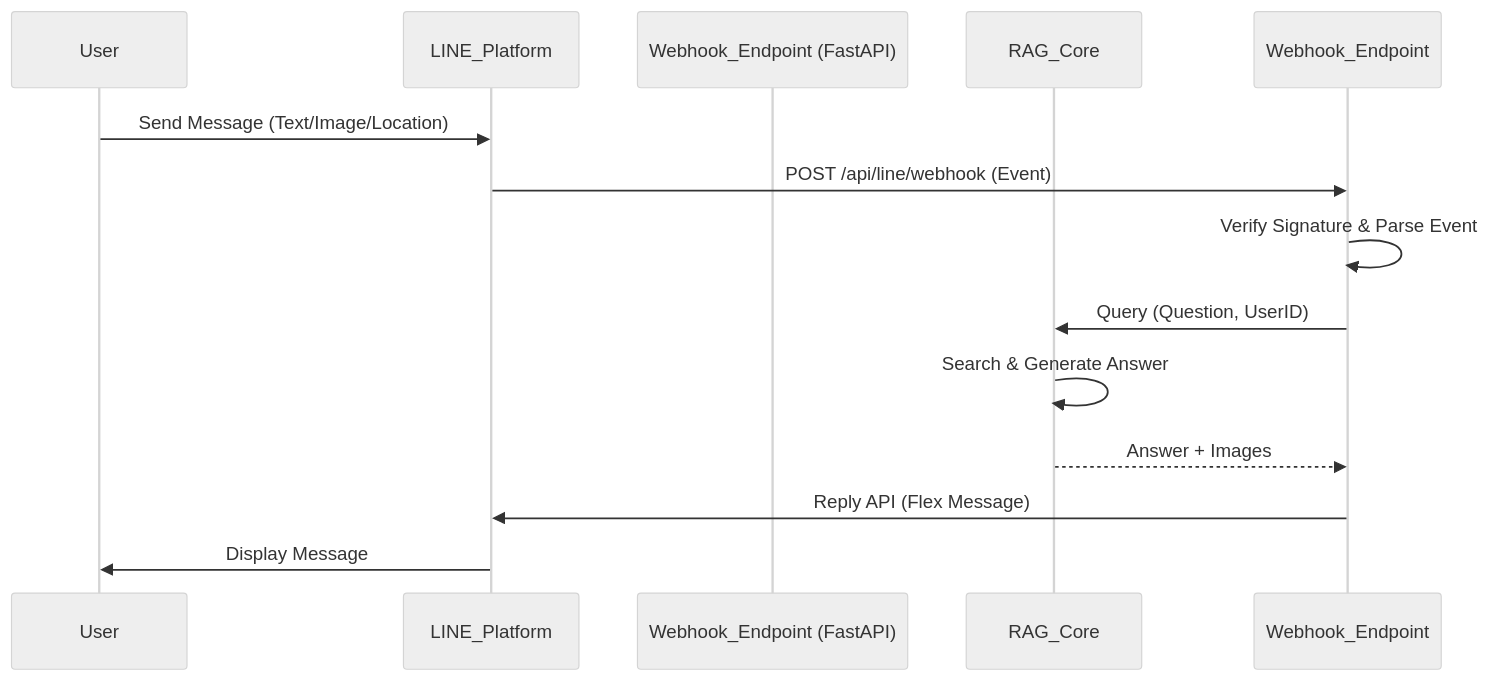
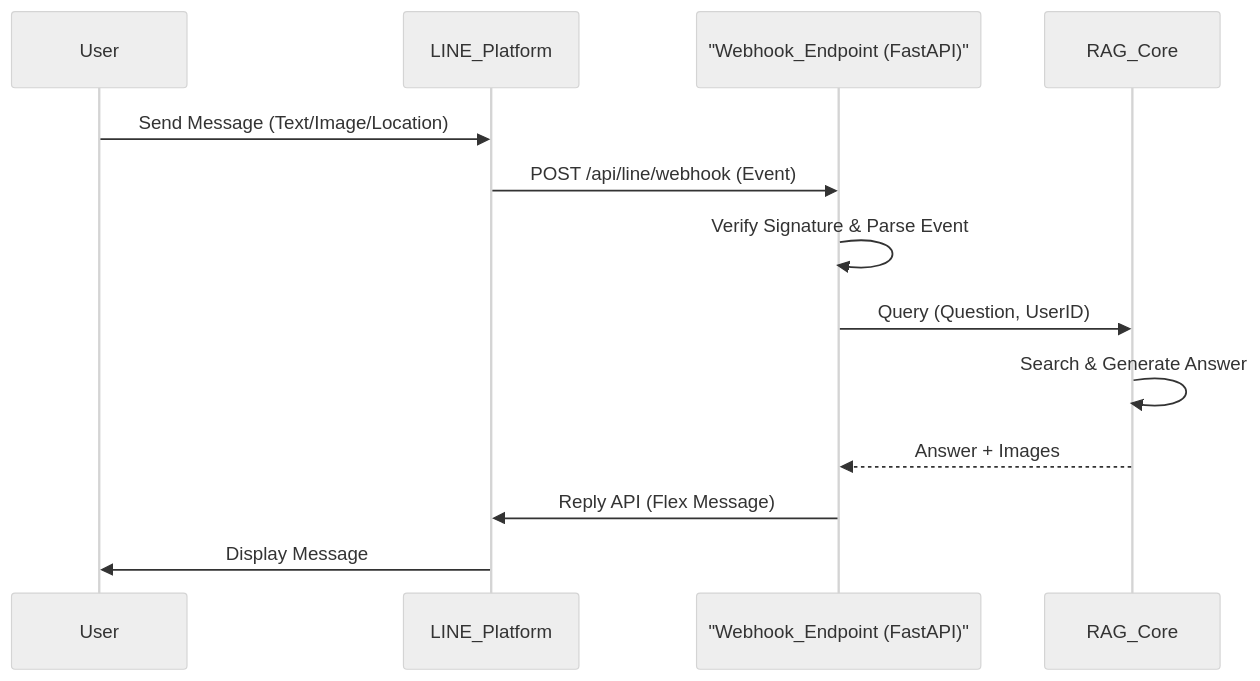
One commit to Mike0165115321/AI-Robot-Guide- changed the diagram in docs/03_แผนอนาคต/02_แผนการเชื่อมต่อ_LINE.md. Above: the diagram before and after it, drawn with Mermaid (neutral theme). The commit also changed 8 other files, not shown here.

````diff
--- a/docs/03_แผนอนาคต/02_แผนการเชื่อมต่อ_LINE.md
+++ b/docs/03_แผนอนาคต/02_แผนการเชื่อมต่อ_LINE.md
@@ -20,16 +20,16 @@
 ```mermaid
 sequenceDiagram
     participant User
     participant LINE_Platform
-    participant Webhook_Endpoint (FastAPI)
+    participant Webhook_Endpoint as "Webhook_Endpoint (FastAPI)"
     participant RAG_Core
     
     User->>LINE_Platform: Send Message (Text/Image/Location)
     LINE_Platform->>Webhook_Endpoint: POST /api/line/webhook (Event)
     Webhook_Endpoint->>Webhook_Endpoint: Verify Signature & Parse Event
     Webhook_Endpoint->>RAG_Core: Query (Question, UserID)
     RAG_Core->>RAG_Core: Search & Generate Answer
     RAG_Core-->>Webhook_Endpoint: Answer + Images
     Webhook_Endpoint->>LINE_Platform: Reply API (Flex Message)
     LINE_Platform->>User: Display Message
 ```
````
